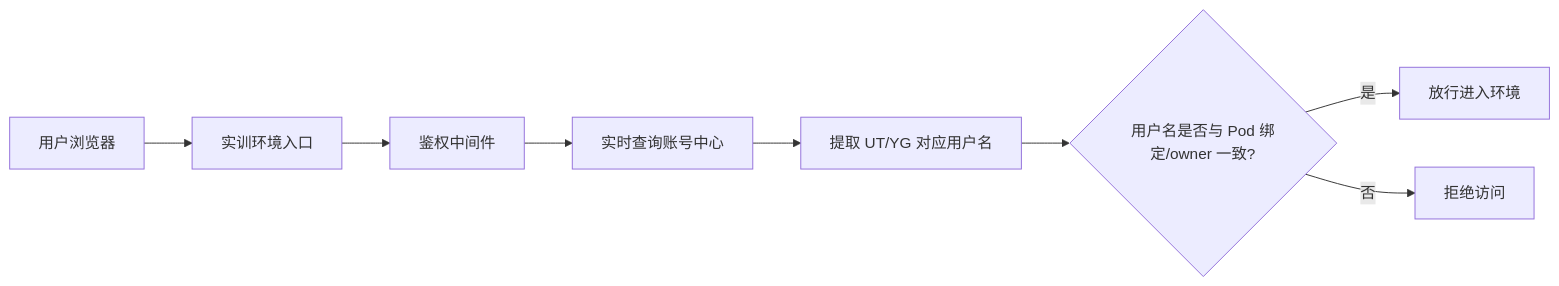
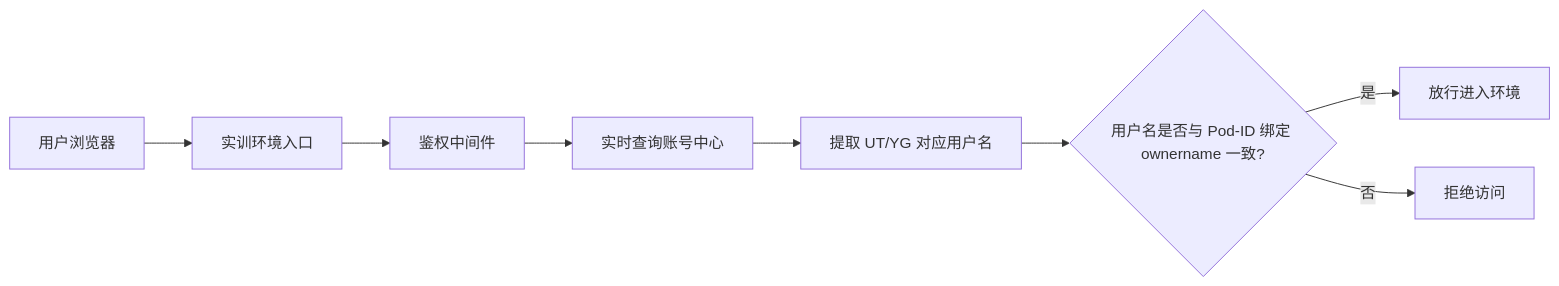
Before and after one commit to GeorgeCao-hw/backlog-test: the first of 3 diagrams in opensourceways/backlog/issue_docs/151/Architecture Desgin/#151 Architecture Design Specification.md, drawn with Mermaid. The commit also changed other lines of this file and 1 other file, not shown here.

````diff
--- a/opensourceways/backlog/issue_docs/151/Architecture Desgin/#151 Architecture Design Specification.md
+++ b/opensourceways/backlog/issue_docs/151/Architecture Desgin/#151 Architecture Design Specification.md
@@ -25,10 +25,10 @@
 ```mermaid
 flowchart LR
     U[用户浏览器] --> G[实训环境入口]
     G --> A[鉴权中间件]
     A --> S[实时查询账号中心]
     S --> N[提取 UT/YG 对应用户名]
-    N --> R{用户名是否与 Pod 绑定/owner 一致?}
+    N --> R{用户名是否与 Pod-ID 绑定 ownername 一致?}
     R -- 是 --> P[放行进入环境]
     R -- 否 --> F[拒绝访问]
 ```
````
